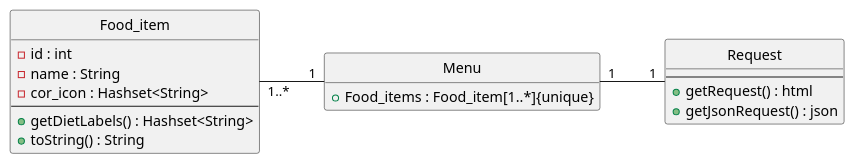
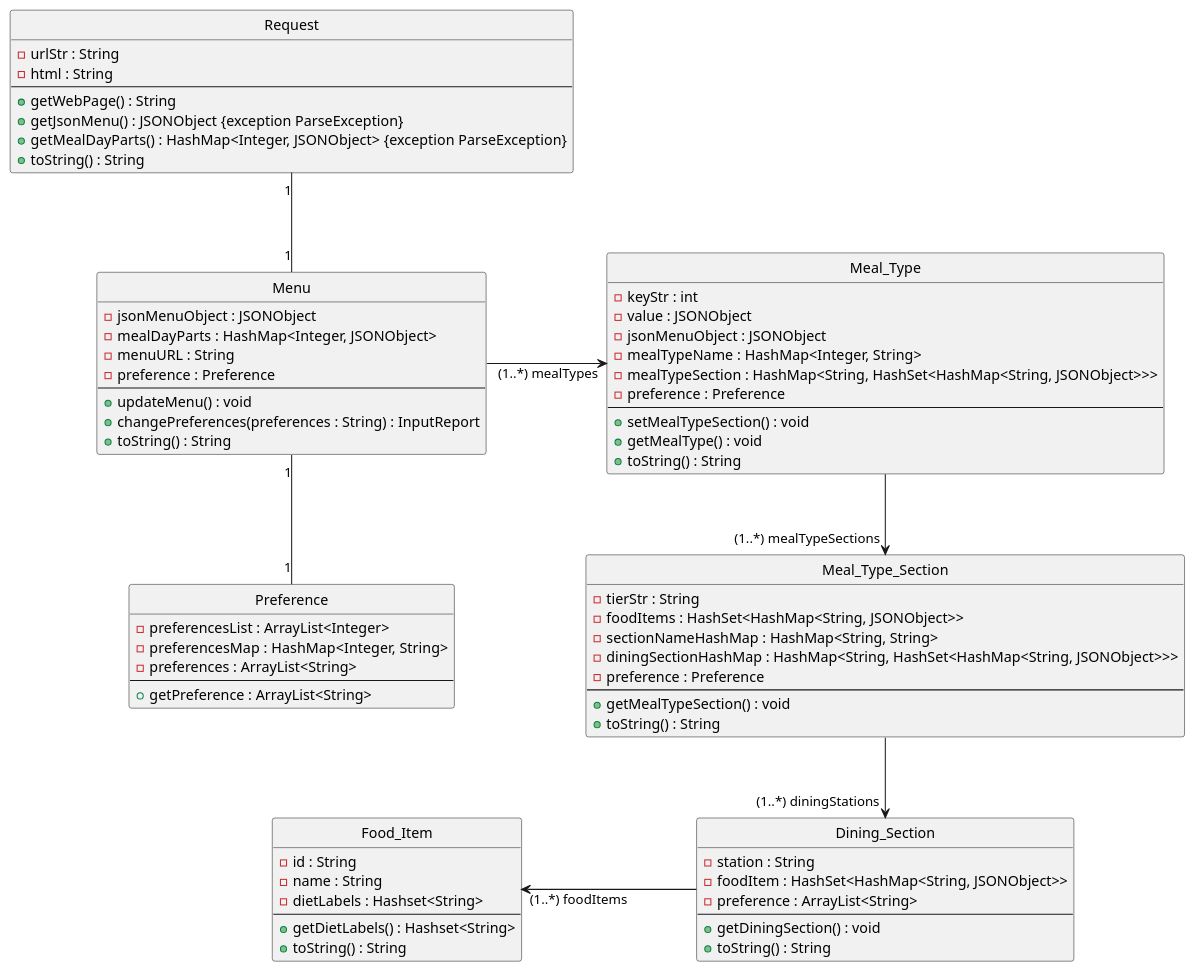
One commit to EzekielEkanem/team-1d changed the diagram in intellij/doc/class-diagram.md. Above: the diagram before and after it, drawn with PlantUML. The commit also changed 1 other file, not shown here.

Commit message:
Added class diagram

````diff
--- a/intellij/doc/class-diagram.md
+++ b/intellij/doc/class-diagram.md
@@ -5,25 +5,85 @@
 
 ' classes
 class Menu{
-+Food_items : Food_item[1..*]{unique}
+-jsonMenuObject : JSONObject
+-mealDayParts : HashMap<Integer, JSONObject>
+-menuURL : String
+-preference : Preference
+--
++updateMenu() : void
++changePreferences(preferences : String) : InputReport
++toString() : String
 }
-class Food_item{
--id : int
+
+class Food_Item{
+-id : String
 -name : String
--cor_icon : Hashset<String>
+-dietLabels : Hashset<String>
 --
 +getDietLabels() : Hashset<String> 
 +toString() : String
 }
+
 class Request{
+-urlStr : String
+-html : String
 --
-+getRequest() : html
-+getJsonRequest() : json
++getWebPage() : String
++getJsonMenu() : JSONObject {exception ParseException}
++getMealDayParts() : HashMap<Integer, JSONObject> {exception ParseException}
++toString() : String
+}
+
+class Preference {
+-preferencesList : ArrayList<Integer>
+-preferencesMap : HashMap<Integer, String>
+-preferences : ArrayList<String>
+--
++getPreference : ArrayList<String>
+}
+
+class Meal_Type {
+-keyStr : int
+-value : JSONObject
+-jsonMenuObject : JSONObject
+-mealTypeName : HashMap<Integer, String>
+-mealTypeSection : HashMap<String, HashSet<HashMap<String, JSONObject>>>
+-preference : Preference
+--
++setMealTypeSection() : void
++getMealType() : void
++toString() : String
+}
+
+class Meal_Type_Section {
+-tierStr : String
+-foodItems : HashSet<HashMap<String, JSONObject>>
+-sectionNameHashMap : HashMap<String, String>
+-diningSectionHashMap : HashMap<String, HashSet<HashMap<String, JSONObject>>>
+-preference : Preference
+--
++getMealTypeSection() : void
++toString() : String
+}
+
+class Dining_Section {
+-station : String
+-foodItem : HashSet<HashMap<String, JSONObject>>
+-preference : ArrayList<String>
+--
++getDiningSection() : void
++toString() : String
 }
 
 ' associations
-Food_item "1..*" - "1" Menu : \t
-Menu "1" - "1" Request : \t
+
+Menu "1" -up- "1" Request : \t
+Menu -> "(1..*) mealTypes" Meal_Type : \t\t\t
+Meal_Type -down-> "(1..*) mealTypeSections" Meal_Type_Section : \t\t\t\t\t
+Meal_Type_Section -down-> "(1..*) diningStations" Dining_Section : \t\t\t\t\t
+Dining_Section -left-> "(1..*) foodItems" Food_Item : \t\t\t\t\t
+Menu "1" -down- "1" Preference : \t\t\t\t\t
+
 
 @end
 ```
````
